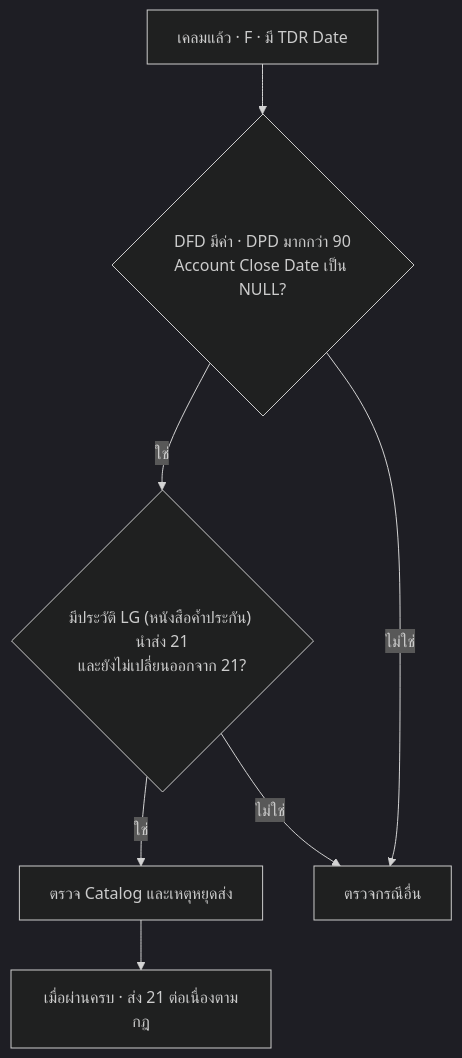
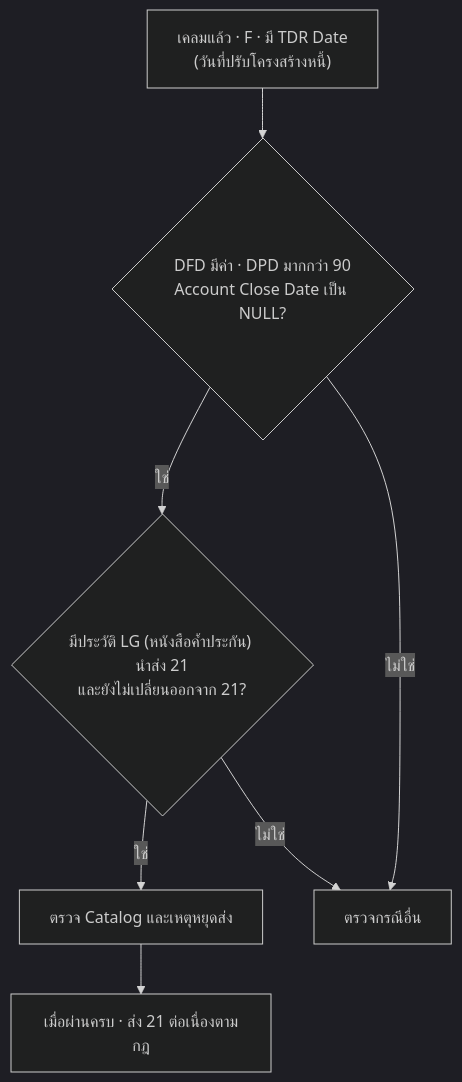
The seventh of 10 diagrams in app/account-status/page.mdx (yukasung/eodncb), drawn with Mermaid (dark theme) before and after one commit. The commit also changed other lines of this file and 14 other files, not shown here.

````diff
--- a/app/account-status/page.mdx
+++ b/app/account-status/page.mdx
@@ -231,9 +231,9 @@
 ```mermaid
 flowchart TD
-    A[เคลมแล้ว · F · มี TDR Date] --> B{DFD มีค่า · DPD มากกว่า 90<br/>Account Close Date เป็น NULL?}
+    A["เคลมแล้ว · F · มี TDR Date<br/>(วันที่ปรับโครงสร้างหนี้)"] --> B{DFD มีค่า · DPD มากกว่า 90<br/>Account Close Date เป็น NULL?}
     B -->|ใช่| C{"มีประวัติ LG (หนังสือค้ำประกัน) นำส่ง 21<br/>และยังไม่เปลี่ยนออกจาก 21?"}
     C -->|ใช่| D[ตรวจ Catalog และเหตุหยุดส่ง]
     D --> E[เมื่อผ่านครบ · ส่ง 21 ต่อเนื่องตามกฎ]
     B -->|ไม่ใช่| X[ตรวจกรณีอื่น]
     C -->|ไม่ใช่| X
 ```
````
